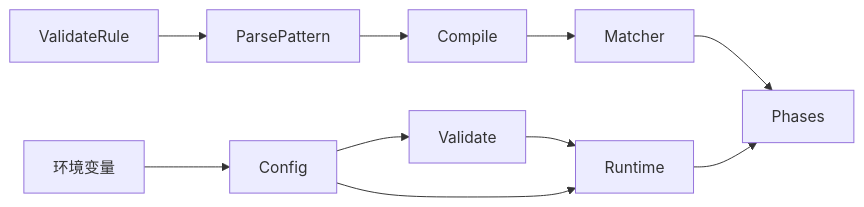
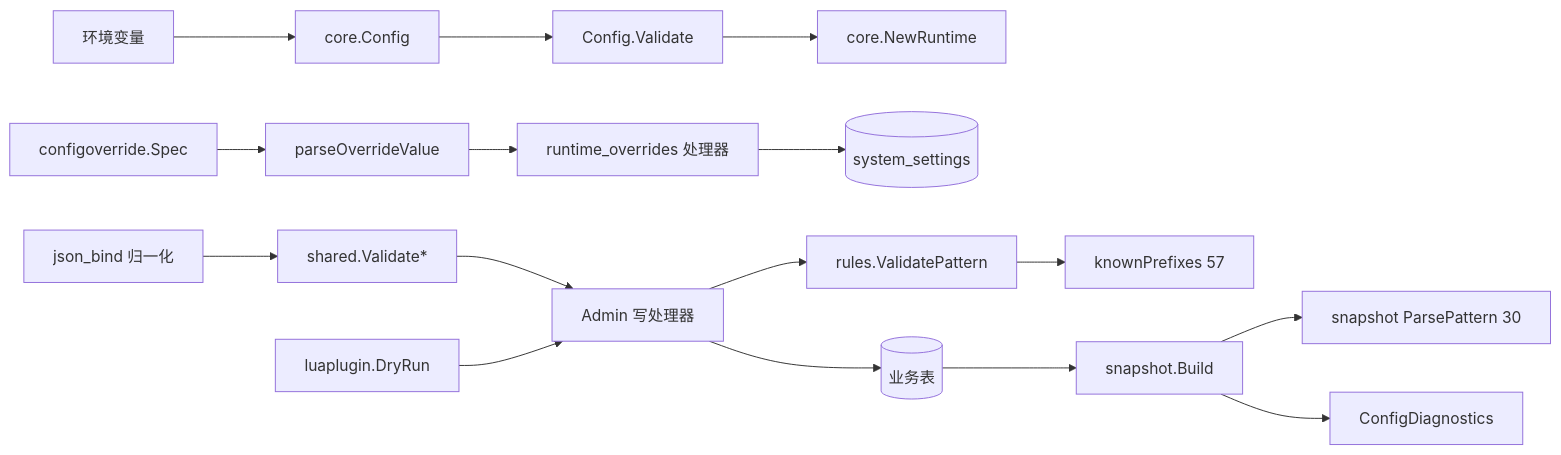
Before and after one commit to x01n/My-OpenWaf: the fifth of 6 diagrams in docs/配置管理系统/配置验证系统.md, drawn with Mermaid. The commit also changed other lines of this file and 622 other files, not shown here.

````diff
--- a/docs/配置管理系统/配置验证系统.md
+++ b/docs/配置管理系统/配置验证系统.md
@@ -333,12 +547,18 @@
 ```mermaid
 graph LR
-ENV["环境变量"] --> CFG["Config"]
-CFG --> VAL["Validate"]
-VAL --> RUNTIME["Runtime"]
-CFG --> RUNTIME
-RULEAPI["ValidateRule"] --> PARSE["ParsePattern"]
-PARSE --> COMPILE["Compile"]
-COMPILE --> MATCH["Matcher"]
-MATCH --> PHASE["Phases"]
-RUNTIME --> PHASE
+ENV["环境变量"] --> CFG["core.Config"]
+CFG --> VAL["Config.Validate"]
+VAL --> RT["core.NewRuntime"]
+SPEC["configoverride.Spec"] --> PARSER["parseOverrideValue"]
+PARSER --> ROV["runtime_overrides 处理器"]
+ROV --> SET[("system_settings")]
+BIND["json_bind 归一化"] --> SHARED["shared.Validate*"]
+SHARED --> HANDLERS["Admin 写处理器"]
+HANDLERS --> RULEV["rules.ValidatePattern"]
+RULEV --> KP["knownPrefixes 57"]
+HANDLERS --> DB[("业务表")]
+DB --> BUILD["snapshot.Build"]
+BUILD --> LOCALP["snapshot ParsePattern 30"]
+BUILD --> DIAG["ConfigDiagnostics"]
+LUA["luaplugin.DryRun"] --> HANDLERS
 ```
````
